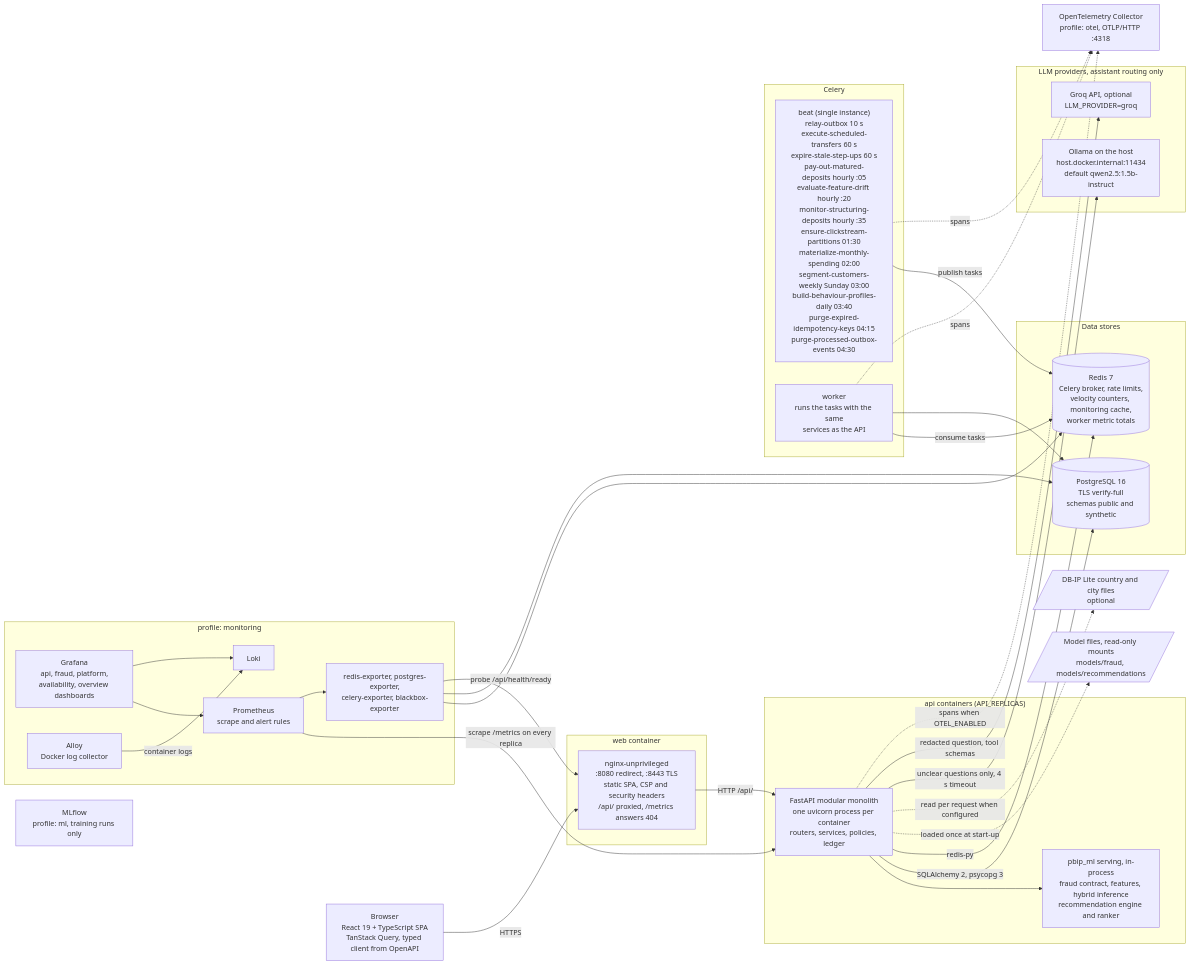
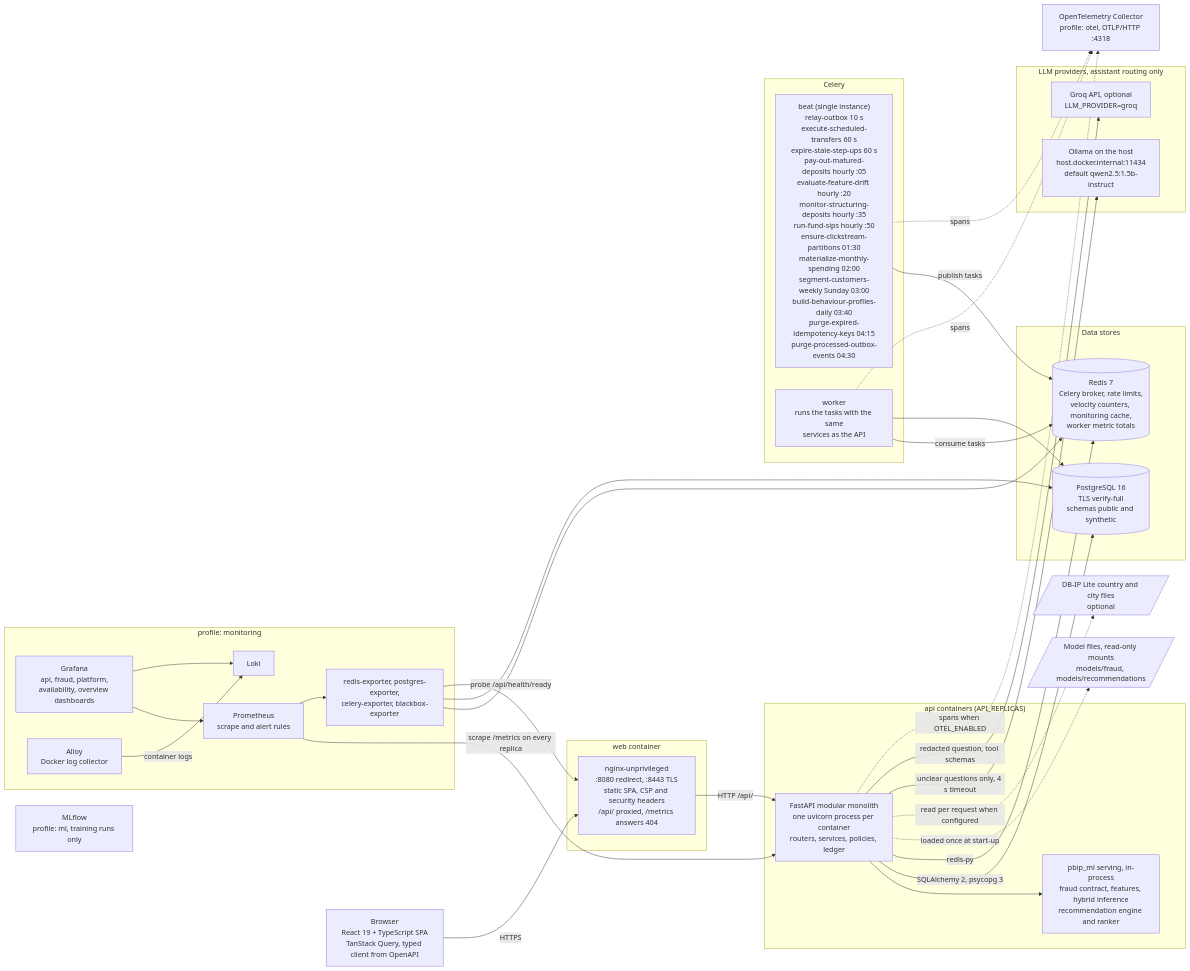
One commit to rachitst/pbip changed the diagram in docs/diagrams/component.md. Above: the diagram before and after it, drawn with Mermaid. The commit also changed 16 other files, not shown here.

Commit message:
docs(diagrams): fund SIP and insurance application flows and states (#483, #484); SIP job in the component diagram

````diff
--- a/docs/diagrams/component.md
+++ b/docs/diagrams/component.md
@@ -11,65 +11,65 @@
 ```mermaid
 flowchart LR
     browser["Browser<br/>React 19 + TypeScript SPA<br/>TanStack Query, typed client from OpenAPI"]
 
     subgraph edge["web container"]
         nginx["nginx-unprivileged<br/>:8080 redirect, :8443 TLS<br/>static SPA, CSP and security headers<br/>/api/ proxied, /metrics answers 404"]
     end
 
     subgraph app["api containers (API_REPLICAS)"]
         fastapi["FastAPI modular monolith<br/>one uvicorn process per container<br/>routers, services, policies, ledger"]
         mlserve["pbip_ml serving, in-process<br/>fraud contract, features, hybrid inference<br/>recommendation engine and ranker"]
         fastapi --> mlserve
     end
 
     subgraph jobs["Celery"]
-        beat["beat (single instance)<br/>relay-outbox 10 s<br/>execute-scheduled-transfers 60 s<br/>expire-stale-step-ups 60 s<br/>pay-out-matured-deposits hourly :05<br/>evaluate-feature-drift hourly :20<br/>monitor-structuring-deposits hourly :35<br/>ensure-clickstream-partitions 01:30<br/>materialize-monthly-spending 02:00<br/>segment-customers-weekly Sunday 03:00<br/>build-behaviour-profiles-daily 03:40<br/>purge-expired-idempotency-keys 04:15<br/>purge-processed-outbox-events 04:30"]
+        beat["beat (single instance)<br/>relay-outbox 10 s<br/>execute-scheduled-transfers 60 s<br/>expire-stale-step-ups 60 s<br/>pay-out-matured-deposits hourly :05<br/>evaluate-feature-drift hourly :20<br/>monitor-structuring-deposits hourly :35<br/>run-fund-sips hourly :50<br/>ensure-clickstream-partitions 01:30<br/>materialize-monthly-spending 02:00<br/>segment-customers-weekly Sunday 03:00<br/>build-behaviour-profiles-daily 03:40<br/>purge-expired-idempotency-keys 04:15<br/>purge-processed-outbox-events 04:30"]
         worker["worker<br/>runs the tasks with the same<br/>services as the API"]
     end
 
     subgraph data["Data stores"]
         pg[("PostgreSQL 16<br/>TLS verify-full<br/>schemas public and synthetic")]
         redis[("Redis 7<br/>Celery broker, rate limits,<br/>velocity counters, monitoring cache,<br/>worker metric totals")]
     end
 
     models[/"Model files, read-only mounts<br/>models/fraud, models/recommendations"/]
     geoip[/"DB-IP Lite country and city files<br/>optional"/]
 
     subgraph llm["LLM providers, assistant routing only"]
         ollama["Ollama on the host<br/>host.docker.internal:11434<br/>default qwen2.5:1.5b-instruct"]
         groq["Groq API, optional<br/>LLM_PROVIDER=groq"]
     end
 
     subgraph mon["profile: monitoring"]
         prom["Prometheus<br/>scrape and alert rules"]
         graf["Grafana<br/>api, fraud, platform,<br/>availability, overview dashboards"]
         loki["Loki"]
         alloy["Alloy<br/>Docker log collector"]
         exporters["redis-exporter, postgres-exporter,<br/>celery-exporter, blackbox-exporter"]
     end
     otel["OpenTelemetry Collector<br/>profile: otel, OTLP/HTTP :4318"]
     mlflow["MLflow<br/>profile: ml, training runs only"]
 
     browser -- "HTTPS" --> nginx
     nginx -- "HTTP /api/" --> fastapi
     fastapi -- "SQLAlchemy 2, psycopg 3" --> pg
     fastapi -- "redis-py" --> redis
     fastapi -. "loaded once at start-up" .-> models
     fastapi -. "read per request when configured" .-> geoip
     fastapi -- "unclear questions only, 4 s timeout" --> ollama
     fastapi -- "redacted question, tool schemas" --> groq
     beat -- "publish tasks" --> redis
     worker -- "consume tasks" --> redis
     worker --> pg
     prom -- "scrape /metrics on every replica" --> fastapi
     prom --> exporters
     exporters --> redis
     exporters --> pg
     exporters -- "probe /api/health/ready" --> nginx
     alloy -- "container logs" --> loki
     graf --> prom
     graf --> loki
     fastapi -. "spans when OTEL_ENABLED" .-> otel
     worker -. "spans" .-> otel
     beat -. "spans" .-> otel
 ```
````
